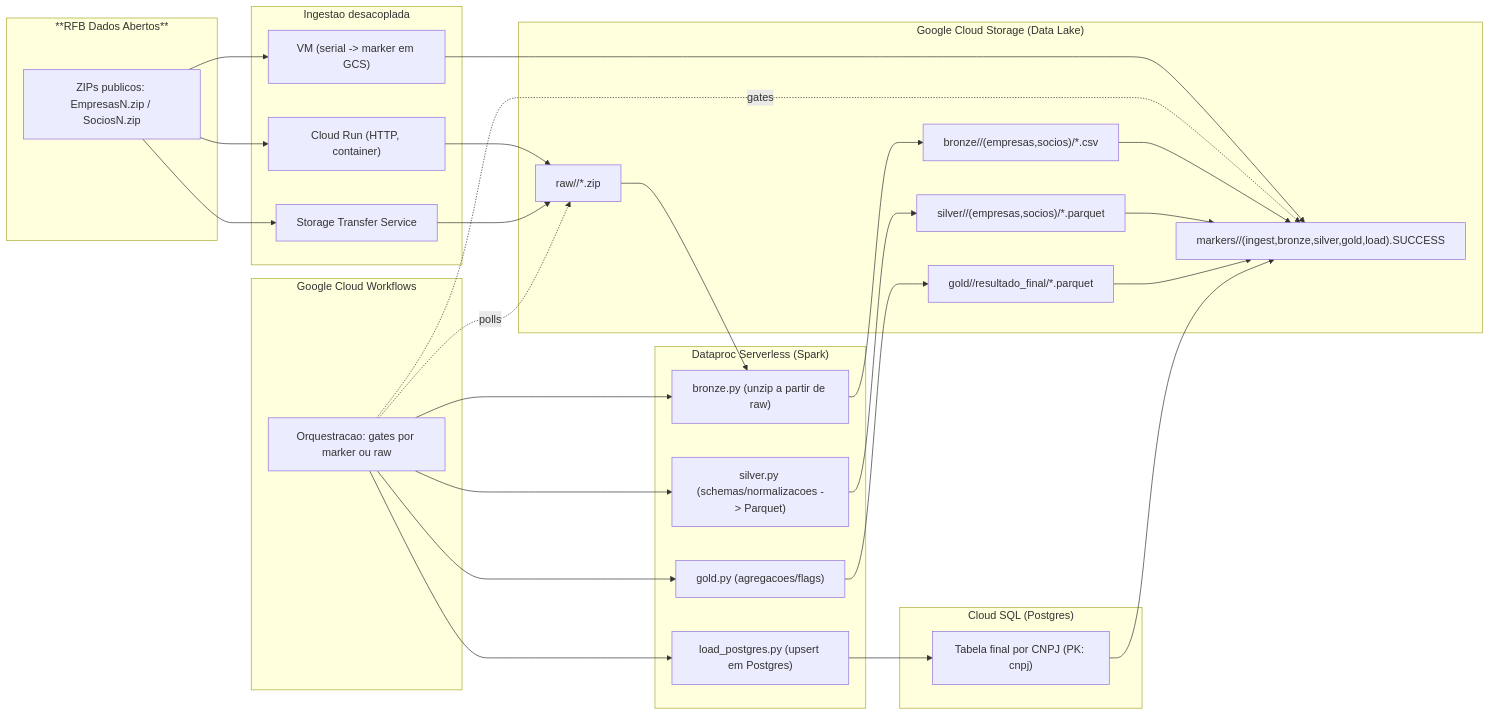
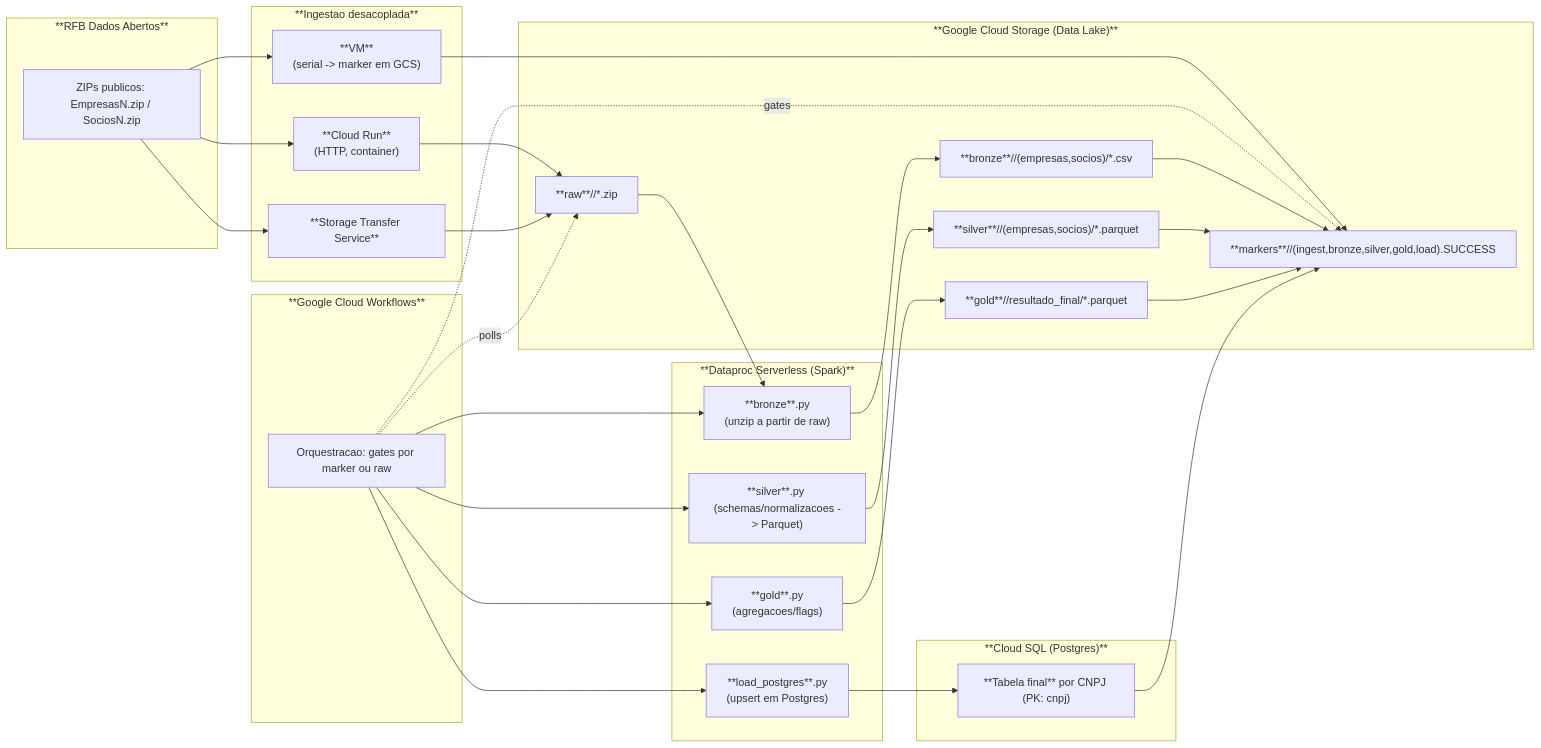
Before and after one commit to jaquerando/case_stone: the diagram in README.md, drawn with Mermaid.

````diff
--- a/README.md
+++ b/README.md
@@ -48,63 +48,63 @@
 ```mermaid
 flowchart LR
 
   %% === SOURCES ===
   subgraph SRC["**RFB Dados Abertos**"]
     s1["ZIPs publicos: EmpresasN.zip / SociosN.zip"]
   end
 
   %% === INGEST ===
-  subgraph ING["Ingestao desacoplada"]
-    A["Cloud Run (HTTP, container)"]
-    B["Storage Transfer Service"]
-    C["VM (serial -> marker em GCS)"]
+  subgraph ING["**Ingestao desacoplada**"]
+    A["**Cloud Run** <br/>(HTTP, container)"]
+    B["**Storage Transfer Service**"]
+    C["**VM** <br/>(serial -> marker em GCS)"]
   end
 
   %% === STORAGE ===
-  subgraph GCS["Google Cloud Storage (Data Lake)"]
-    raw["raw/<run_id>/*.zip"]
-    brz["bronze/<run_id>/(empresas,socios)/*.csv"]
-    slv["silver/<run_id>/(empresas,socios)/*.parquet"]
-    gld["gold/<run_id>/resultado_final/*.parquet"]
-    mrk["markers/<run_id>/(ingest,bronze,silver,gold,load).SUCCESS"]
+  subgraph GCS["**Google Cloud Storage (Data Lake)**"]
+    raw["**raw**/<run_id>/*.zip"]
+    brz["**bronze**/<run_id>/(empresas,socios)/*.csv"]
+    slv["**silver**/<run_id>/(empresas,socios)/*.parquet"]
+    gld["**gold**/<run_id>/resultado_final/*.parquet"]
+    mrk["**markers**/<run_id>/(ingest,bronze,silver,gold,load).SUCCESS"]
   end
 
   %% === WORKFLOWS ===
-  subgraph WF["Google Cloud Workflows"]
+  subgraph WF["**Google Cloud Workflows**"]
     wf1["Orquestracao: gates por marker ou raw"]
   end
 
   %% === SPARK ===
-  subgraph DP["Dataproc Serverless (Spark)"]
-    p1["bronze.py (unzip a partir de raw)"]
-    p2["silver.py (schemas/normalizacoes -> Parquet)"]
-    p3["gold.py (agregacoes/flags)"]
-    p4["load_postgres.py (upsert em Postgres)"]
+  subgraph DP["**Dataproc Serverless (Spark)**"]
+    p1["**bronze**.py <br/>(unzip a partir de raw)"]
+    p2["**silver**.py <br/>(schemas/normalizacoes -> Parquet)"]
+    p3["**gold**.py <br/>(agregacoes/flags)"]
+    p4["**load_postgres**.py <br/>(upsert em Postgres)"]
   end
 
   %% === DB ===
-  subgraph SQL["Cloud SQL (Postgres)"]
-    tbl["Tabela final por CNPJ (PK: cnpj)"]
+  subgraph SQL["**Cloud SQL (Postgres)**"]
+    tbl["**Tabela final** por CNPJ (PK: cnpj)"]
   end
 
   %% === FLUXOS DE DADOS ===
   s1 --> A
   s1 --> B
   s1 --> C
 
   A --> raw
   B --> raw
   C --> mrk
 
   %% join: bronze consome raw; workflows vigia raw/marker
   raw --> p1
   wf1 -. polls .-> raw
   wf1 -. gates .-> mrk
 
   %% pipeline medallion
   wf1 --> p1 --> brz --> mrk
   wf1 --> p2 --> slv --> mrk
   wf1 --> p3 --> gld --> mrk
   wf1 --> p4 --> tbl --> mrk
 
 ```
````
